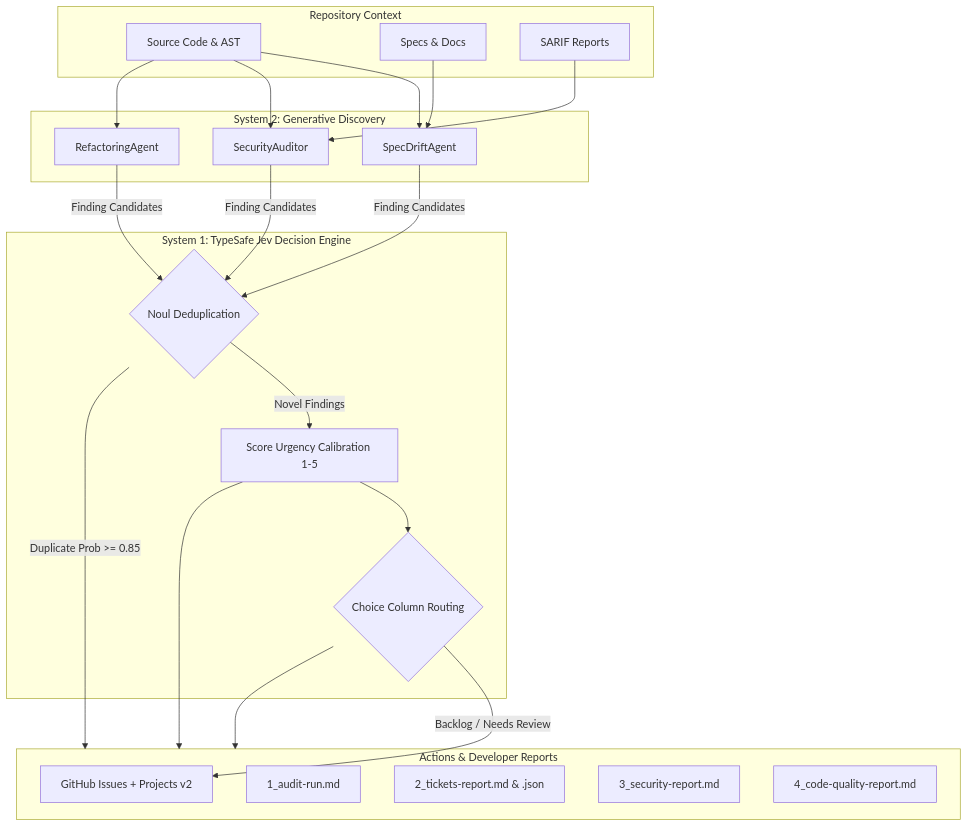
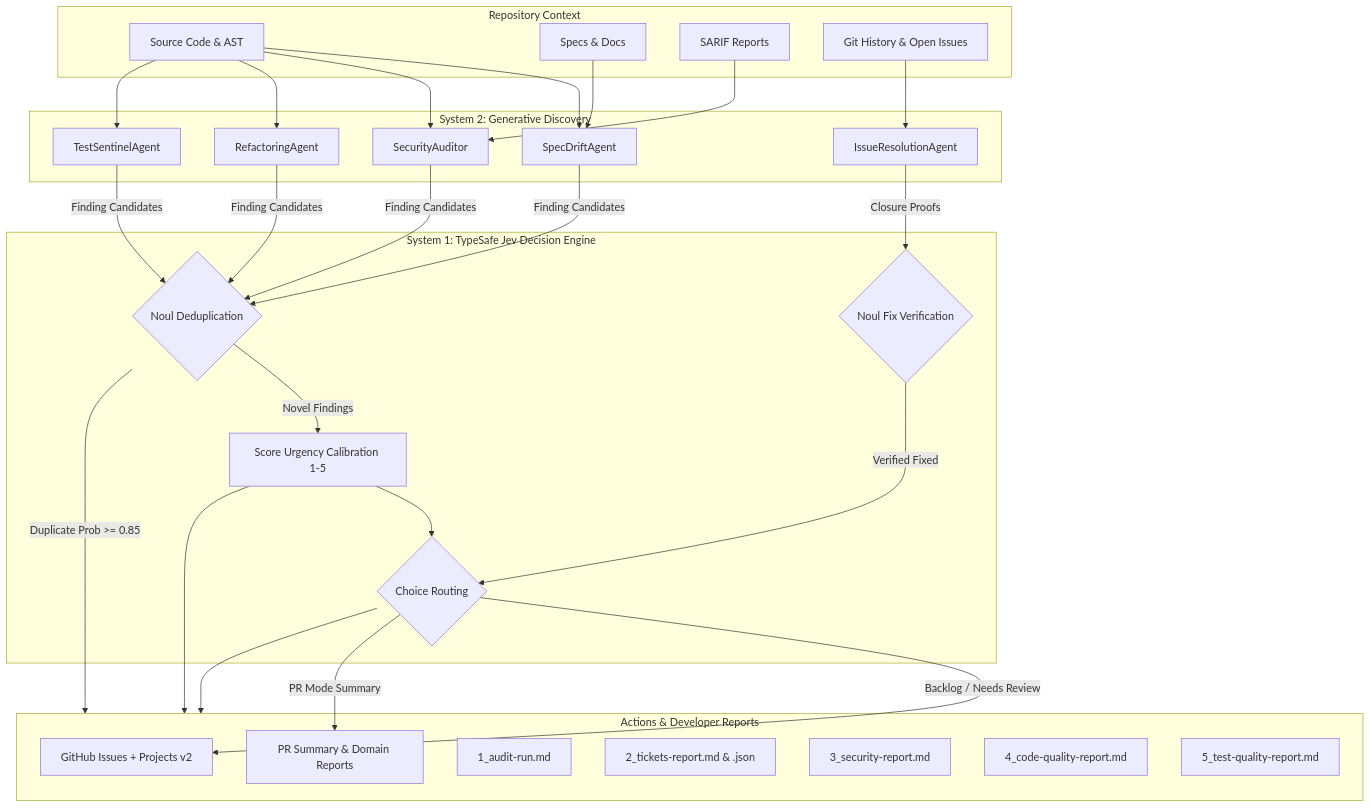
The diagram in README.md (tyronebramwell/GitGavel), drawn with Mermaid before and after one commit. The commit also changed other lines of this file and 5 other files, not shown here.

````diff
--- a/README.md
+++ b/README.md
@@ -27,40 +27,50 @@
 ```mermaid
 flowchart TD
     subgraph Input["Repository Context"]
         A[Source Code & AST] 
         B[Specs & Docs]
         C[SARIF Reports]
+        Commits[Git History & Open Issues]
     end
 
     subgraph System2["System 2: Generative Discovery"]
         D[SpecDriftAgent]
         E[SecurityAuditor]
         F[RefactoringAgent]
+        Test[TestSentinelAgent]
+        Res[IssueResolutionAgent]
     end
 
     subgraph System1["System 1: TypeSafe Jev Decision Engine"]
         G{Noul Deduplication}
+        FixProof{Noul Fix Verification}
         H[Score Urgency Calibration 1-5]
-        I{Choice Column Routing}
+        I{Choice Routing}
     end
 
     subgraph Output["Actions & Developer Reports"]
         J[GitHub Issues + Projects v2]
+        PR[PR Summary & Domain Reports]
         K["1_audit-run.md"]
         L["2_tickets-report.md & .json"]
         M["3_security-report.md"]
         N["4_code-quality-report.md"]
+        O["5_test-quality-report.md"]
     end
 
-    A --> D & E & F
+    A --> D & E & F & Test
     B --> D
     C --> E
+    Commits --> Res
 
-    D & E & F -->|Finding Candidates| G
+    D & E & F & Test -->|Finding Candidates| G
+    Res -->|Closure Proofs| FixProof
     G -->|Novel Findings| H
     G -->|Duplicate Prob >= 0.85| Output
+    FixProof -->|Verified Fixed| I
     H --> I
     I -->|Backlog / Needs Review| J
+    I -->|PR Mode Summary| PR
     I --> Output
     H --> Output
 ```
````
